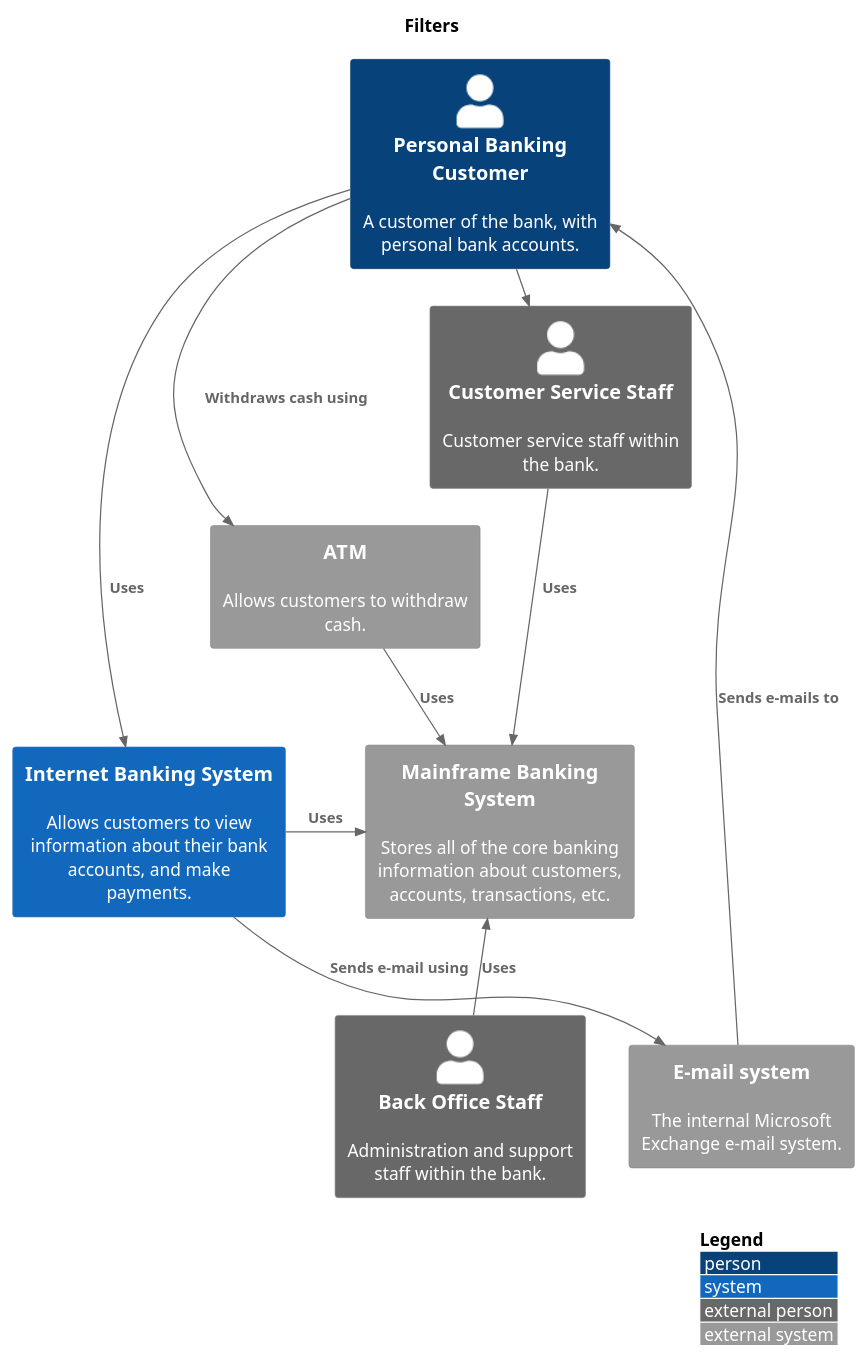
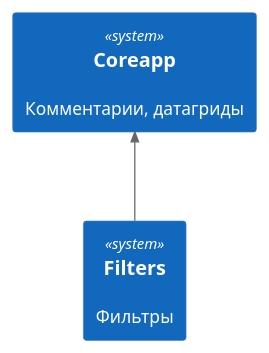
One commit to lulya31/some changed the diagram in static/05_01_01_04_img/filters.puml. Above: the diagram before and after it, drawn with PlantUML. The commit also changed other lines of this file and 60 other files, not shown here.

```diff
--- a/static/05_01_01_04_img/filters.puml
+++ b/static/05_01_01_04_img/filters.puml
@@ -4,50 +4,34 @@
 @startuml
 
 '!include https://raw.githubusercontent.com/plantuml-stdlib/C4-PlantUML/master/C4_Context.puml
 
 ' uncomment the following line and comment the first to use locally
 ' !include C4_Context.puml
 
 !include static/includes/c4_context.puml
+!include static/includes/c4_container.puml
 
-skinparam svgLinkTarget _blank
+'left to right direction
 
-'LAYOUT_TOP_DOWN()
+'skinparam svgLinkTarget _blank
+skinparam backgroundcolor transparent
+
+<style>
+System {
+    MinimumWidth 300
+    MinimumHeight 150
+}
+</style>
+
+LAYOUT_TOP_DOWN()
 
 'LAYOUT_AS_SKETCH()
+'LAYOUT_WITH_LEGEND()
+'LAYOUT_LANDSCAPE()
 
-LAYOUT_WITH_LEGEND()
+System(coreapp, "Coreapp", "Комментарии, датагриды", $link="/05_c4/01_core/01_coreapp/")
+System(filters, "Filters", "Фильтры")
 
-title Filters
+Rel_U(filters, coreapp, "")
 
-Person(customer, Personal Banking Customer, "A customer of the bank, with personal bank accounts.", $link="https://github.com/plantuml-stdlib/C4-PlantUML")
-
-'Enterprise_Boundary(c0, "Big Bank plc") {
-    System(banking_system, "Internet Banking System", "Allows customers to view information about their bank accounts, and make payments.")
-
-    System_Ext(atm, "ATM", "Allows customers to withdraw cash.")
-    System_Ext(mail_system, "E-mail system", "The internal Microsoft Exchange e-mail system.")
-
-    System_Ext(mainframe, "Mainframe Banking System", "Stores all of the core banking information about customers, accounts, transactions, etc.")
-
-    Person_Ext(customer_service, "Customer Service Staff", "Customer service staff within the bank.")
-    Person_Ext(back_office, "Back Office Staff", "Administration and support staff within the bank.")
-'}
-
-Rel_Neighbor(customer, banking_system, "Uses")
-Rel_R(customer, atm, "Withdraws cash using")
-Rel_Back(customer, mail_system, "Sends e-mails to")
-
-Rel_R(customer, customer_service, "Asks questions to", "Telephone")
-
-Rel_D(banking_system, mail_system, "Sends e-mail using")
-Rel_R(atm, mainframe, "Uses")
-Rel_R(banking_system, mainframe, "Uses")
-Rel_D(customer_service, mainframe, "Uses")
-Rel_U(back_office, mainframe, "Uses")
-
-Lay_D(atm, banking_system)
-
-Lay_D(atm, customer)
-Lay_U(mail_system, customer)
 @enduml
```
